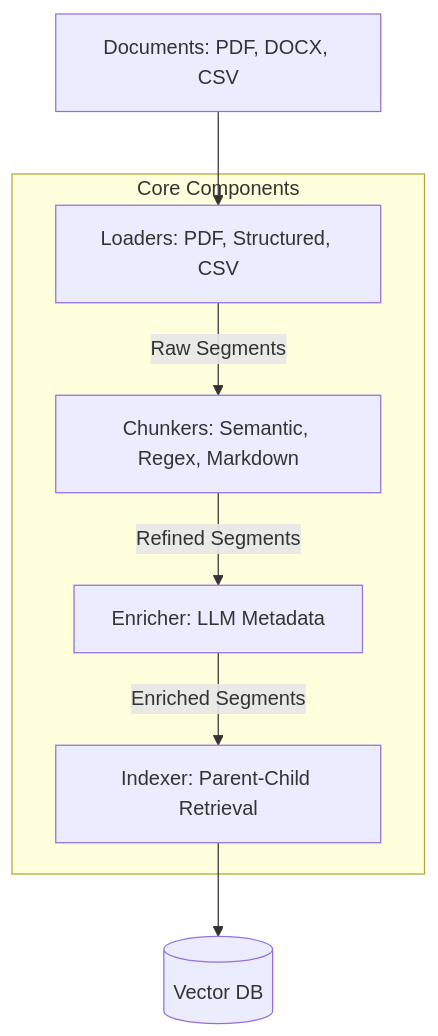
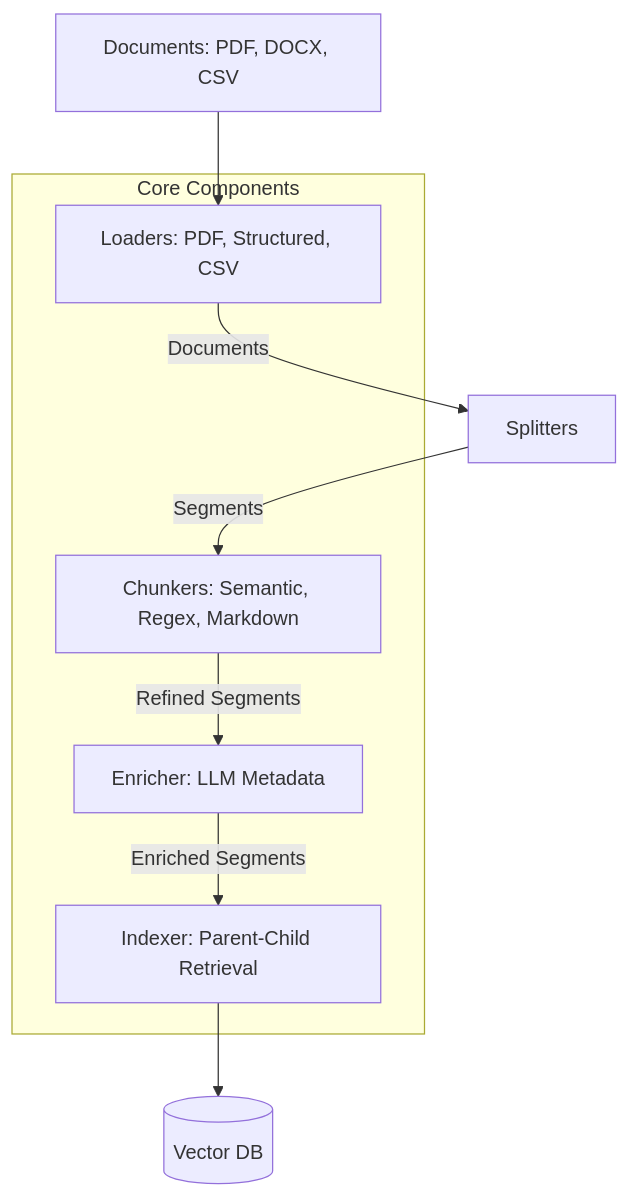
The diagram in DEVELOPERS_GUIDE.md (gbvolkov/rag-lib), drawn with Mermaid before and after one commit. The commit also changed other lines of this file and 76 other files, not shown here.

Commit message:
feat: Introduce a new RAG library with various data loaders, chunkers, retrieval components, and comprehensive examples.

````diff
--- a/DEVELOPERS_GUIDE.md
+++ b/DEVELOPERS_GUIDE.md
@@ -59,15 +59,16 @@
 ```mermaid
 graph TD
     Input[Documents: PDF, DOCX, CSV] --> Loaders
-    Loaders -->|Raw Segments| Chunkers
+    Loaders -->|Documents| Splitters
+    Splitters -->|Segments| Chunkers
     Chunkers -->|Refined Segments| Processors
     Processors -->|Enriched Segments| Indexer
     Indexer --> VectorStore[(Vector DB)]
 
     subgraph "Core Components"
     Loaders[Loaders: PDF, Structured, CSV]
     Chunkers[Chunkers: Semantic, Regex, Markdown]
     Processors[Enricher: LLM Metadata]
     Indexer[Indexer: Parent-Child Retrieval]
     end
 ```
````
